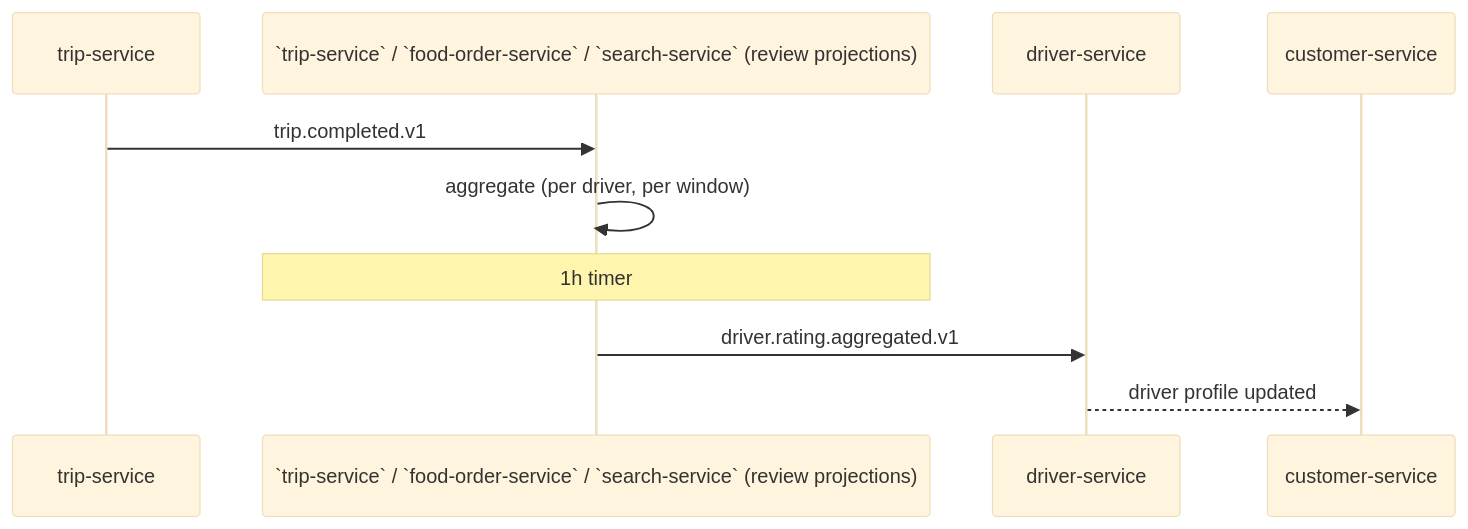
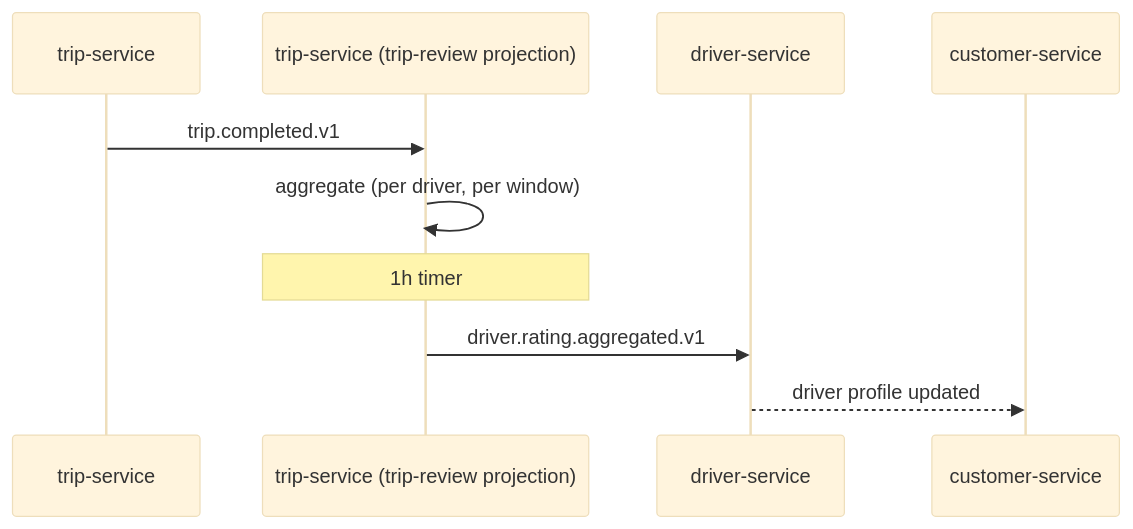
One commit to mohamedhabibwork/trips-enjoy-docs changed the third of 5 diagrams in docs/architecture/CONSISTENCY_STRATEGY.md. Above: the diagram before and after it, drawn with Mermaid (base theme). The commit also changed other lines of this file and 245 other files, not shown here.

First line of the commit message:
docs: Update accounting, courier, driver, food order, payment, refund, and ride workflows

````diff
--- a/docs/architecture/CONSISTENCY_STRATEGY.md
+++ b/docs/architecture/CONSISTENCY_STRATEGY.md
@@ -118,13 +119,13 @@
 ```mermaid
 sequenceDiagram
     participant TR as trip-service
-    participant RR as `trip-service` / `food-order-service` / `search-service` (review projections)
+    participant REV as trip-service (trip-review projection)
     participant DR as driver-service
     participant CR as customer-service
 
-    TR->>RR: trip.completed.v1
-    RR->>RR: aggregate (per driver, per window)
-    Note over RR: 1h timer
-    RR->>DR: driver.rating.aggregated.v1
+    TR->>REV: trip.completed.v1
+    REV->>REV: aggregate (per driver, per window)
+    Note over REV: 1h timer
+    REV->>DR: driver.rating.aggregated.v1
     DR-->>CR: driver profile updated
 ```
````
